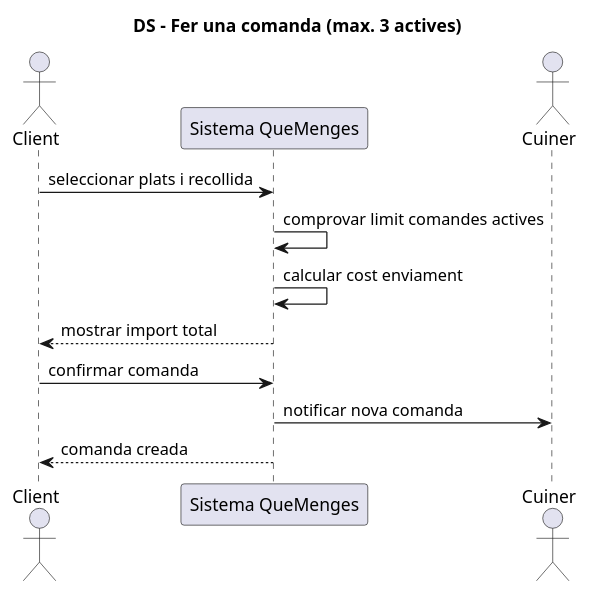
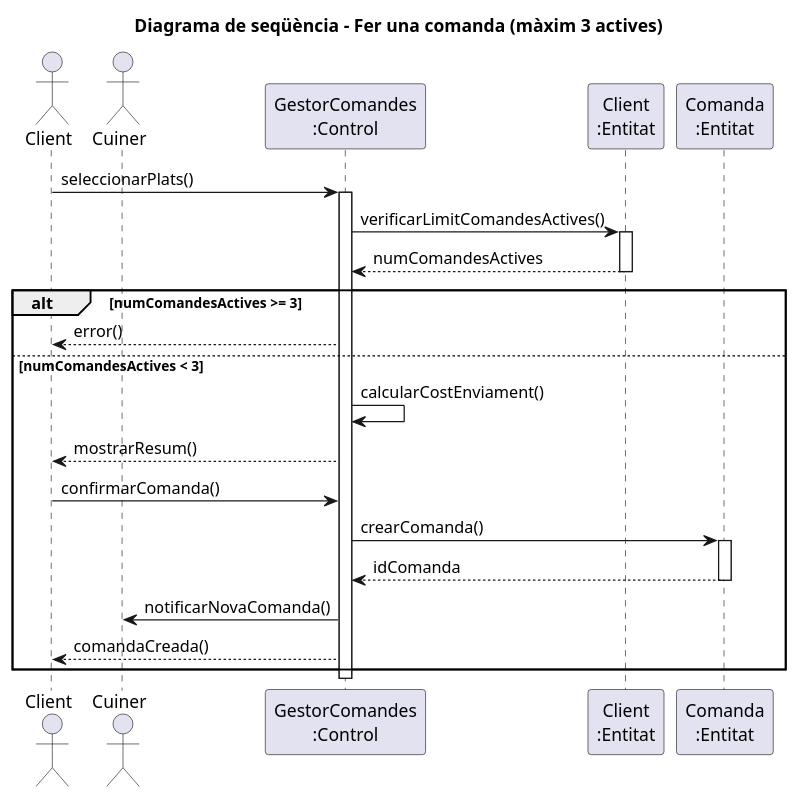
Before and after one commit to enricalv03/ES23UAB-411-08: the diagram in diagrames/sequencia/casos/client/fer-comanda.puml, drawn with PlantUML.

```diff
--- a/diagrames/sequencia/casos/client/fer-comanda.puml
+++ b/diagrames/sequencia/casos/client/fer-comanda.puml
@@ -1,16 +1,34 @@
-@startuml DiagramUnamed-fer-comanda
-title DS - Fer una comanda (max. 3 actives)
+@startuml
+title Diagrama de seqüència - Fer una comanda (màxim 3 actives)
 
-actor Client as Cl
-participant "Sistema QueMenges" as S
-actor Cuiner as C
+actor Client
+actor Cuiner
 
-Cl -> S: seleccionar plats i recollida
-S -> S: comprovar limit comandes actives
-S -> S: calcular cost enviament
-S --> Cl: mostrar import total
-Cl -> S: confirmar comanda
-S -> C: notificar nova comanda
-S --> Cl: comanda creada
+participant "GestorComandes\n:Control" as Gestor
+participant "Client\n:Entitat" as ClientEntitat
+participant "Comanda\n:Entitat" as ComandaEntitat
 
+Client -> Gestor: seleccionarPlats()
+activate Gestor
+
+Gestor -> ClientEntitat: verificarLimitComandesActives()
+activate ClientEntitat
+ClientEntitat --> Gestor: numComandesActives
+deactivate ClientEntitat
+
+alt numComandesActives >= 3
+    Gestor --> Client: error()
+else numComandesActives < 3
+    Gestor -> Gestor: calcularCostEnviament()
+    Gestor --> Client: mostrarResum()
+    Client -> Gestor: confirmarComanda()
+    Gestor -> ComandaEntitat: crearComanda()
+    activate ComandaEntitat
+    ComandaEntitat --> Gestor: idComanda
+    deactivate ComandaEntitat
+    Gestor -> Cuiner: notificarNovaComanda()
+    Gestor --> Client: comandaCreada()
+end
+
+deactivate Gestor
 @enduml
```
